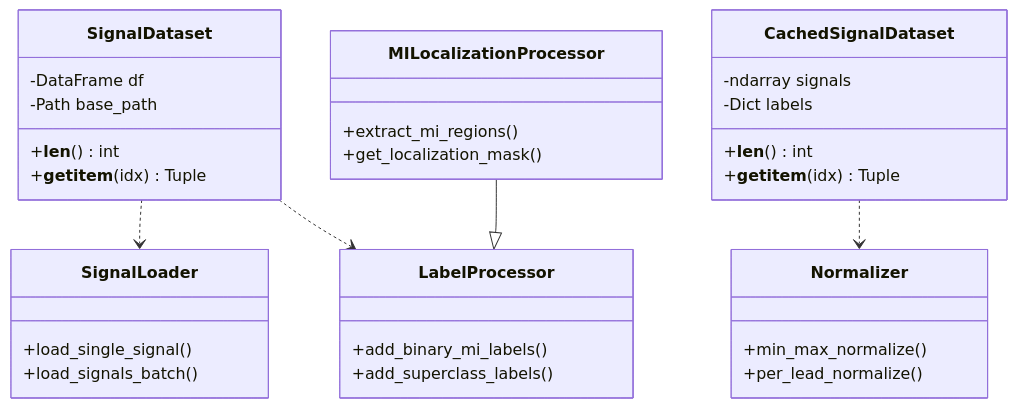
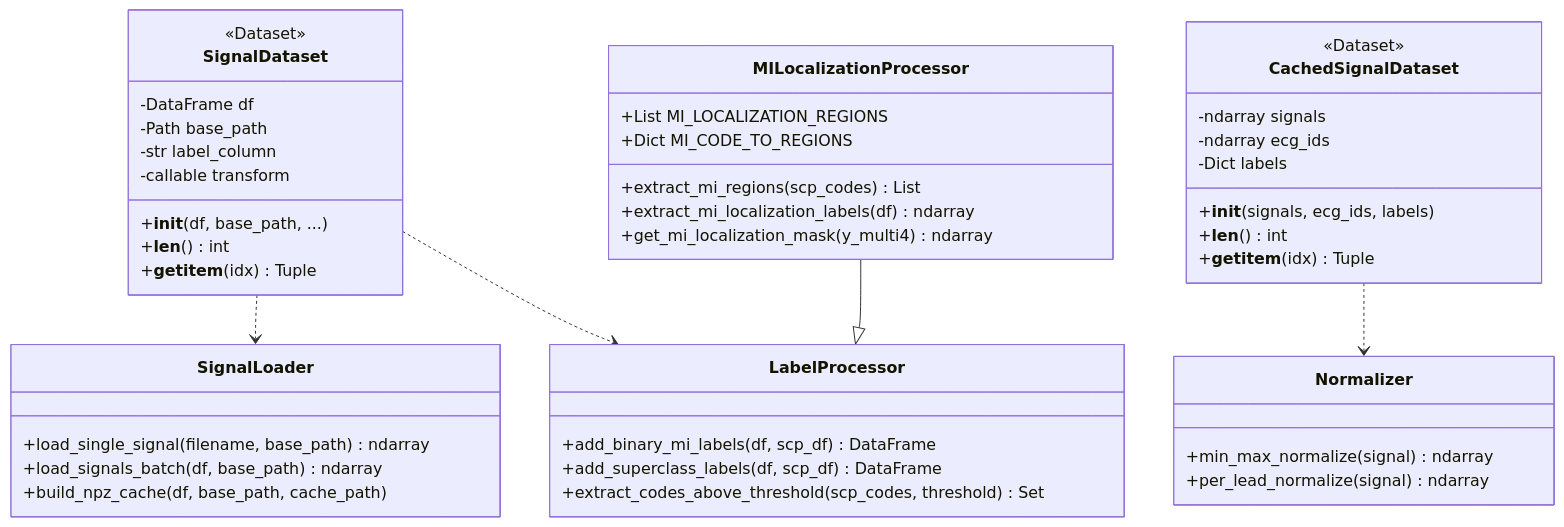
One commit to mUsaulug/CardioGuard-AI changed the second of 7 diagrams in docs/diagrams/03_class_diagram.md. Above: the diagram before and after it, drawn with Mermaid. The commit also changed other lines of this file and 3 other files, not shown here.

````diff
--- a/docs/diagrams/03_class_diagram.md
+++ b/docs/diagrams/03_class_diagram.md
@@ -69,43 +94,55 @@
 ```mermaid
 classDiagram
     direction TB
     
     class SignalDataset {
+        <<Dataset>>
         -DataFrame df
         -Path base_path
+        -str label_column
+        -callable transform
+        +__init__(df, base_path, ...)
         +__len__() int
         +__getitem__(idx) Tuple
     }
     
     class CachedSignalDataset {
+        <<Dataset>>
         -ndarray signals
+        -ndarray ecg_ids
         -Dict labels
+        +__init__(signals, ecg_ids, labels)
         +__len__() int
         +__getitem__(idx) Tuple
     }
     
     class LabelProcessor {
-        +add_binary_mi_labels()
-        +add_superclass_labels()
+        +add_binary_mi_labels(df, scp_df) DataFrame
+        +add_superclass_labels(df, scp_df) DataFrame
+        +extract_codes_above_threshold(scp_codes, threshold) Set
     }
     
     class MILocalizationProcessor {
-        +extract_mi_regions()
-        +get_localization_mask()
+        +List MI_LOCALIZATION_REGIONS
+        +Dict MI_CODE_TO_REGIONS
+        +extract_mi_regions(scp_codes) List
+        +extract_mi_localization_labels(df) ndarray
+        +get_mi_localization_mask(y_multi4) ndarray
     }
     
     class SignalLoader {
-        +load_single_signal()
-        +load_signals_batch()
+        +load_single_signal(filename, base_path) ndarray
+        +load_signals_batch(df, base_path) ndarray
+        +build_npz_cache(df, base_path, cache_path)
     }
     
     class Normalizer {
-        +min_max_normalize()
-        +per_lead_normalize()
+        +min_max_normalize(signal) ndarray
+        +per_lead_normalize(signal) ndarray
     }
     
     SignalDataset ..> SignalLoader
     SignalDataset ..> LabelProcessor
+    CachedSignalDataset ..> Normalizer
     MILocalizationProcessor --|> LabelProcessor
-    CachedSignalDataset ..> Normalizer
 ```
````
